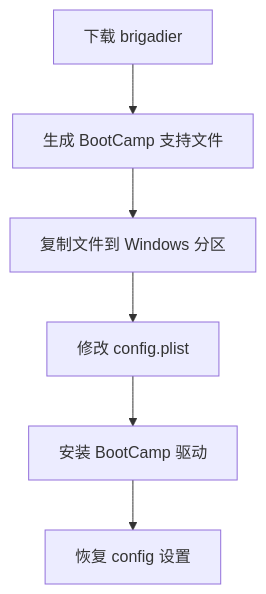
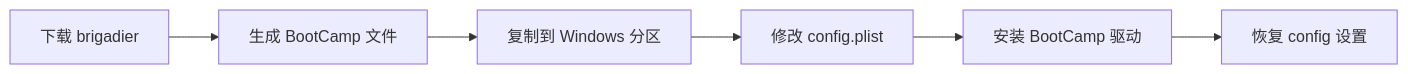
Before and after one commit to bilijp153/ASUS-VivoBook-FL8700JP-X509JP--icelake-i7-1065G7-Hackintosh: the second of 2 diagrams in ceshi1.md, drawn with Mermaid. The commit also changed other lines of this file, not shown here.

````diff
--- a/ceshi1.md
+++ b/ceshi1.md
@@ -403,8 +171,8 @@
 ```mermaid
-graph TD
-    A[下载 brigadier] --> B[生成 BootCamp 支持文件]
-    B --> C[复制文件到 Windows 分区]
-    C --> D[修改 config.plist]
-    D --> E[安装 BootCamp 驱动]
-    E --> F[恢复 config 设置]
+graph LR
+A[下载 brigadier] --> B[生成 BootCamp 文件]
+B --> C[复制到 Windows 分区]
+C --> D[修改 config.plist]
+D --> E[安装 BootCamp 驱动]
+E --> F[恢复 config 设置]
 ```
````
